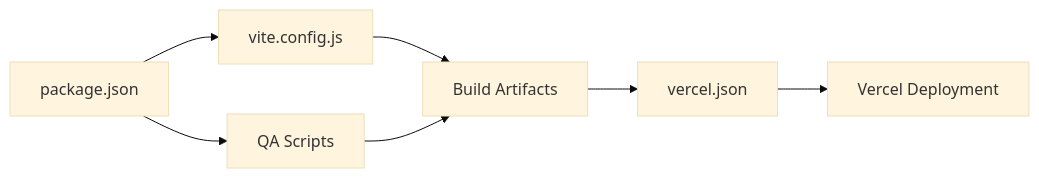
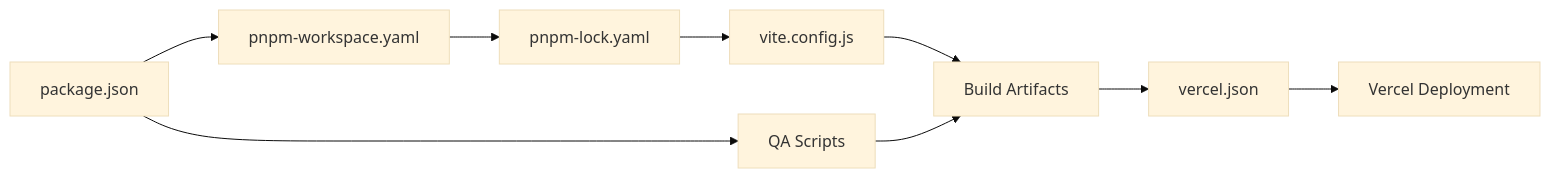
The third of 3 diagrams in .qoder/repowiki/en/content/Build and Deployment/Build and Deployment.md (Theja4/podiummomentum), drawn with Mermaid (base theme) before and after one commit. The commit also changed other lines of this file and 35 other files, not shown here.

````diff
--- a/.qoder/repowiki/en/content/Build and Deployment/Build and Deployment.md
+++ b/.qoder/repowiki/en/content/Build and Deployment/Build and Deployment.md
@@ -203,9 +243,11 @@
 ```mermaid
 graph LR
-Pkg["package.json"] --> ViteCfg["vite.config.js"]
+Pkg["package.json"] --> PnpmCfg["pnpm-workspace.yaml"]
+PnpmCfg --> LockFile["pnpm-lock.yaml"]
+LockFile --> ViteCfg["vite.config.js"]
 ViteCfg --> Build["Build Artifacts"]
 Build --> VercelCfg["vercel.json"]
 VercelCfg --> Deploy["Vercel Deployment"]
 Pkg --> Scripts["QA Scripts"]
 Scripts --> Build
 ```
````
